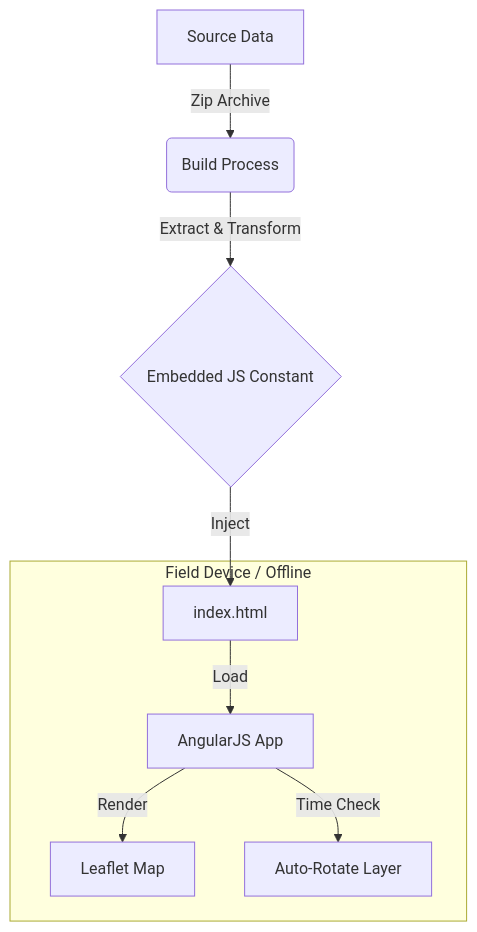
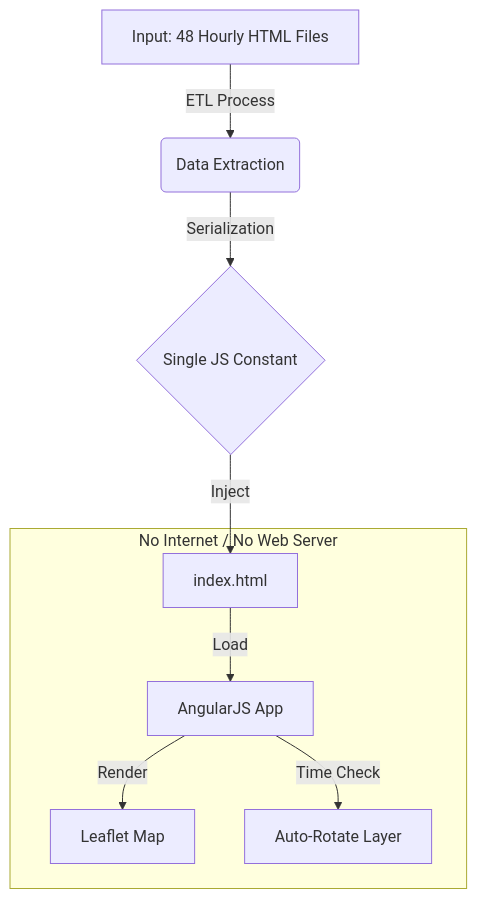
Before and after one commit to dugann/gis-field-maps: the diagram in README.md, drawn with Mermaid. The commit also changed other lines of this file, not shown here.

````diff
--- a/README.md
+++ b/README.md
@@ -13,12 +13,12 @@
 ```mermaid
 graph TD
-    A[Source Data] -->|Zip Archive| B(Build Process)
-    B -->|Extract & Transform| C{Embedded JS Constant}
+    A[Input: 48 Hourly HTML Files] -->|ETL Process| B(Data Extraction)
+    B -->|Serialization| C{Single JS Constant}
     C -->|Inject| D[index.html]
     
-    subgraph Client Device [Field Device / Offline]
+    subgraph Client Device [No Internet / No Web Server]
         D -->|Load| E[AngularJS App]
         E -->|Render| F[Leaflet Map]
         E -->|Time Check| G[Auto-Rotate Layer]
     end
 ```
````
